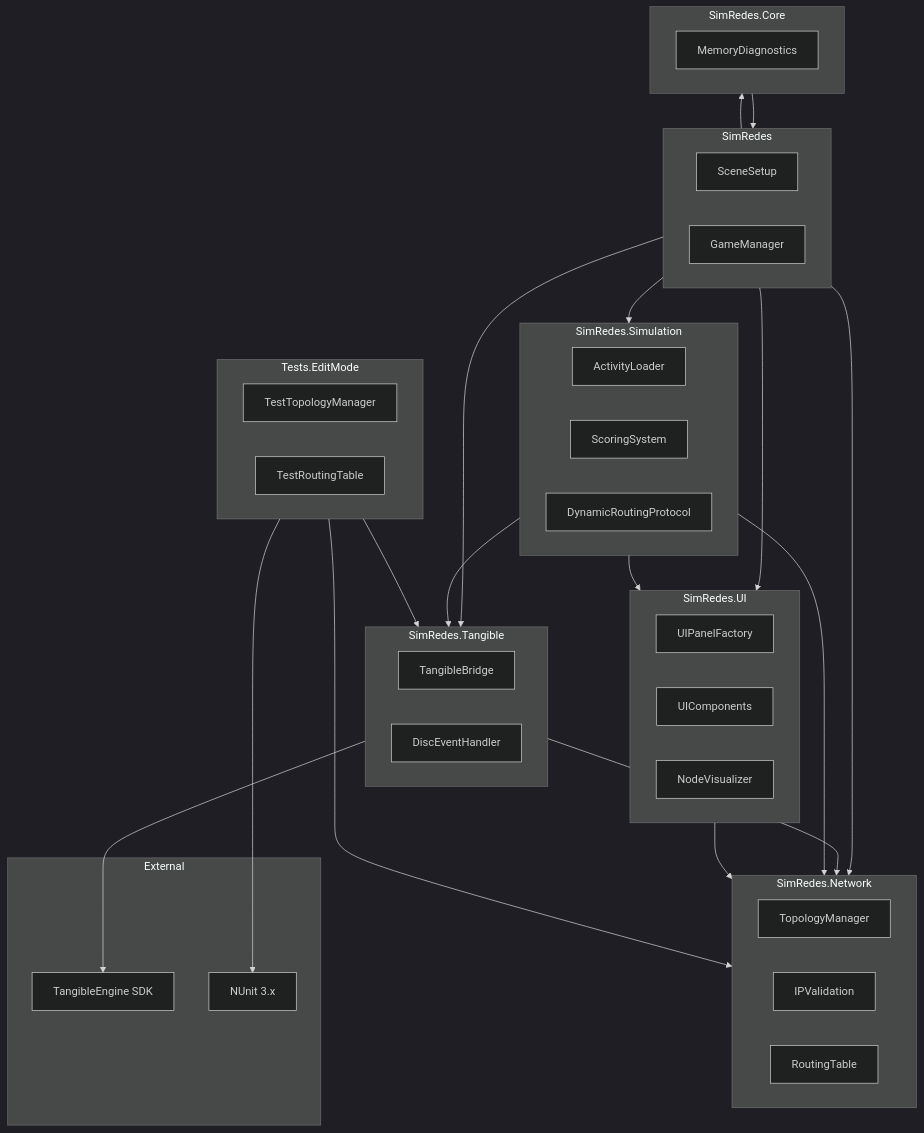
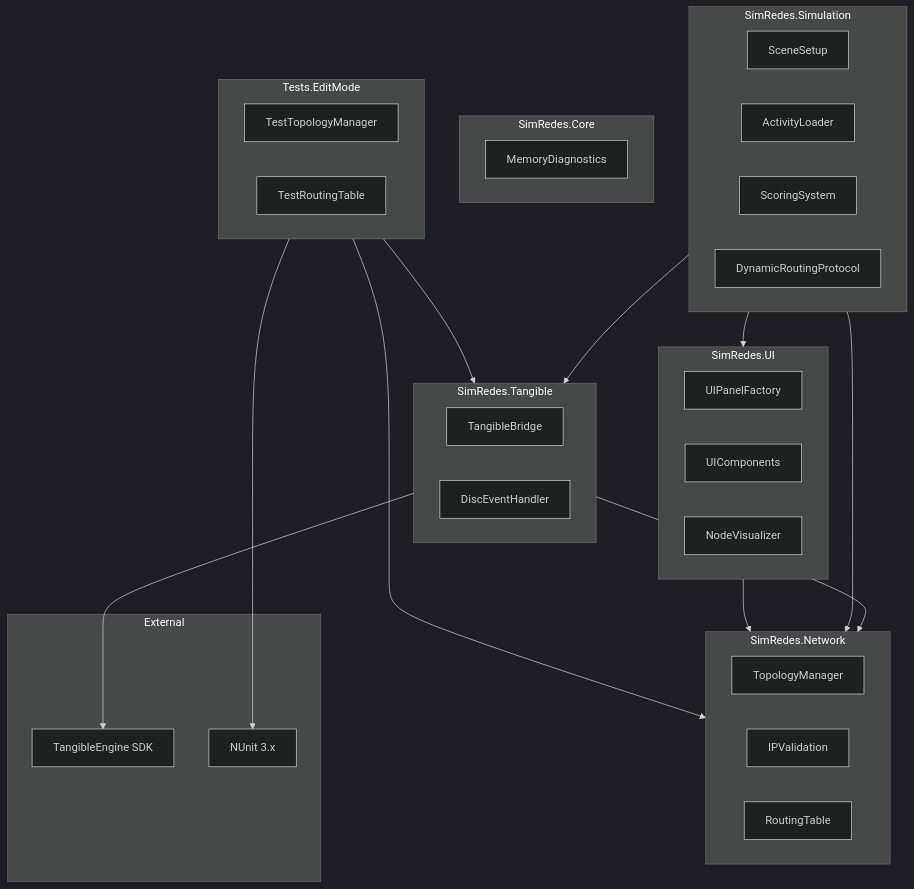
The diagram in docs/diagrams/mermaid/packages/06a-overview.md (Josmarinr/ProyectoGI_SimuladorRedesIDEUM), drawn with Mermaid (dark theme) before and after one commit. The commit also changed 28 other files, not shown here.

````diff
--- a/docs/diagrams/mermaid/packages/06a-overview.md
+++ b/docs/diagrams/mermaid/packages/06a-overview.md
@@ -3,65 +3,53 @@
 ```mermaid
 graph TB
-    subgraph S1["SimRedes"]
-        SceneSetup
-        GameManager
-    end
-
     subgraph S2["SimRedes.Network"]
         TopologyManager
         IPValidation
         RoutingTable
     end
 
     subgraph S3["SimRedes.Tangible"]
         TangibleBridge
         DiscEventHandler
     end
 
     subgraph S4["SimRedes.Simulation"]
+        SceneSetup
         ActivityLoader
         ScoringSystem
         DynamicRoutingProtocol
     end
 
     subgraph S5["SimRedes.UI"]
         UIPanelFactory
         UIComponents
         NodeVisualizer
     end
 
     subgraph S6["SimRedes.Core"]
         MemoryDiagnostics
     end
 
     subgraph S7["External"]
         TE["TangibleEngine SDK"]
         NUnit["NUnit 3.x"]
     end
 
     subgraph S8["Tests.EditMode"]
         TestTopologyManager
         TestRoutingTable
     end
 
-    S1 --> S2
-    S1 --> S5
-    S1 --> S4
-    S1 --> S3
-    S1 --> S6
-
     S3 --> S2
     S3 --> TE
 
     S4 --> S2
     S4 --> S5
     S4 --> S3
 
     S5 --> S2
 
-    S6 --> S1
-
     S8 --> S2
     S8 --> S3
     S8 --> NUnit
 ```
````
